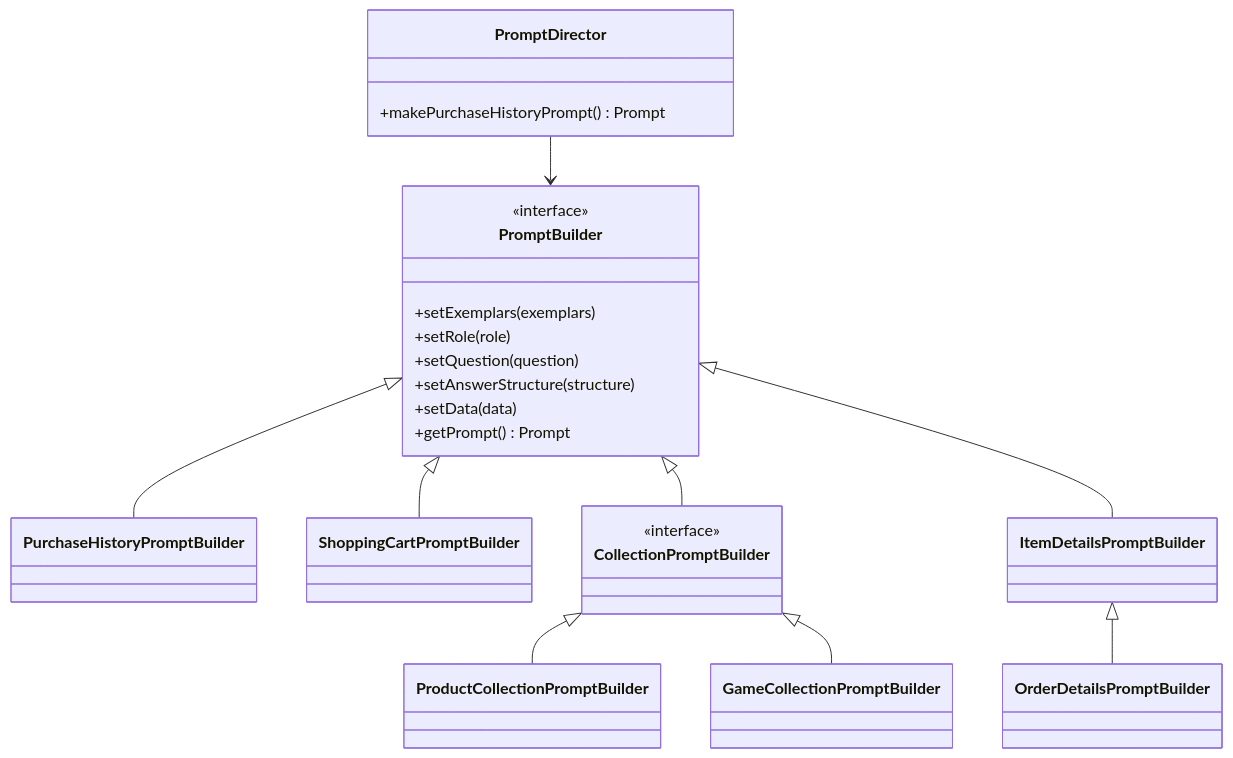
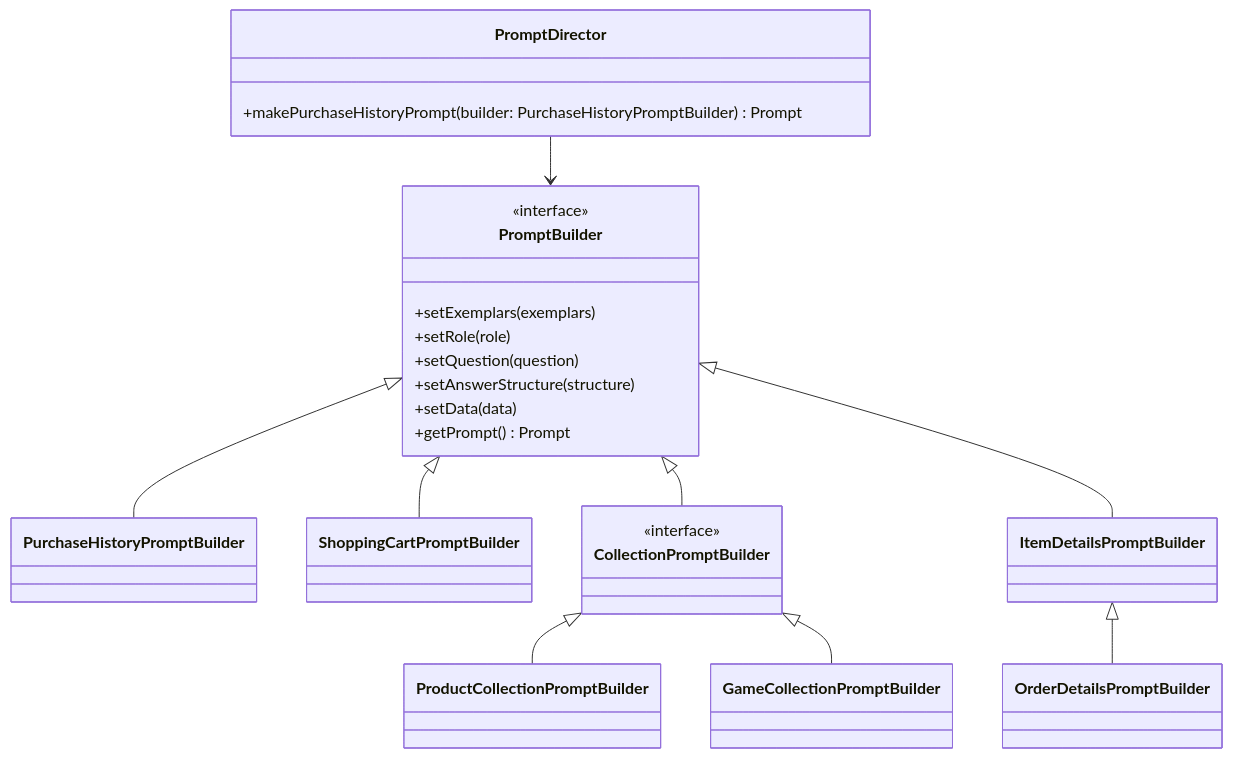
The third of 3 diagrams in documentation/ai-scraper/README.md (SnickerdoodleLabs/protocol), drawn with Mermaid before and after one commit. The commit also changed 3 other files, not shown here.

````diff
--- a/documentation/ai-scraper/README.md
+++ b/documentation/ai-scraper/README.md
@@ -124,60 +124,60 @@
 ```mermaid
 classDiagram
 
     class PromptDirector {
-        +makePurchaseHistoryPrompt() Prompt
+        +makePurchaseHistoryPrompt(builder: PurchaseHistoryPromptBuilder) Prompt
     }
 
     PromptDirector --> PromptBuilder
 
     class PromptBuilder {
         <<interface>>
         +setExemplars(exemplars)
         +setRole(role)
         +setQuestion(question)
         +setAnswerStructure(structure)
         +setData(data)
         +getPrompt() Prompt
     }
     
     class PurchaseHistoryPromptBuilder {
 
     }
     PromptBuilder <|-- PurchaseHistoryPromptBuilder
 
     class ShoppingCartPromptBuilder {
 
     }
     PromptBuilder <|-- ShoppingCartPromptBuilder
 
     %% Collection prompts
 
     class CollectionPromptBuilder {
 
         <<interface>>
     }
     PromptBuilder <|-- CollectionPromptBuilder
 
     class ProductCollectionPromptBuilder {
 
     }
     CollectionPromptBuilder <|-- ProductCollectionPromptBuilder
 
     class GameCollectionPromptBuilder {
 
     }
     CollectionPromptBuilder <|-- GameCollectionPromptBuilder
 
     
     %% Single Item Prompts
     class ItemDetailsPromptBuilder {
 
     }
     PromptBuilder <|-- ItemDetailsPromptBuilder
 
     class OrderDetailsPromptBuilder {
 
     }
     ItemDetailsPromptBuilder <|-- OrderDetailsPromptBuilder
 
 ```
````
